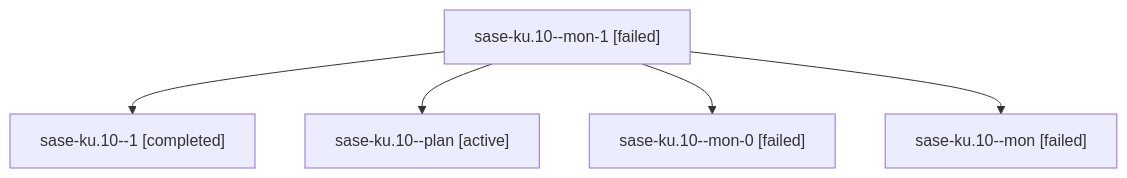
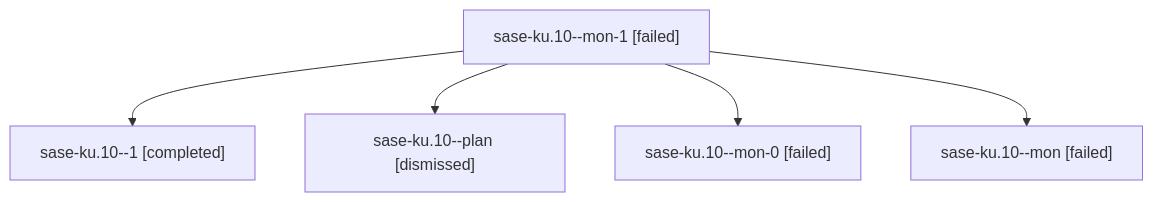
One commit to sase-org/sase--agents changed the diagram in sessions/bbugyi200.athena.sase-ku.10.md. Above: the diagram before and after it, drawn with Mermaid. The commit also changed other lines of this file and 142 other files, not shown here.

````diff
--- a/sessions/bbugyi200.athena.sase-ku.10.md
+++ b/sessions/bbugyi200.athena.sase-ku.10.md
@@ -9,12 +9,12 @@
 ```mermaid
 flowchart TD
   n0["sase-ku.10--mon-1 [failed]"]
   n1["sase-ku.10--1 [completed]"]
   n0 --> n1
-  n2["sase-ku.10--plan [active]"]
+  n2["sase-ku.10--plan [dismissed]"]
   n0 --> n2
   n3["sase-ku.10--mon-0 [failed]"]
   n0 --> n3
   n4["sase-ku.10--mon [failed]"]
   n0 --> n4
 ```
````
